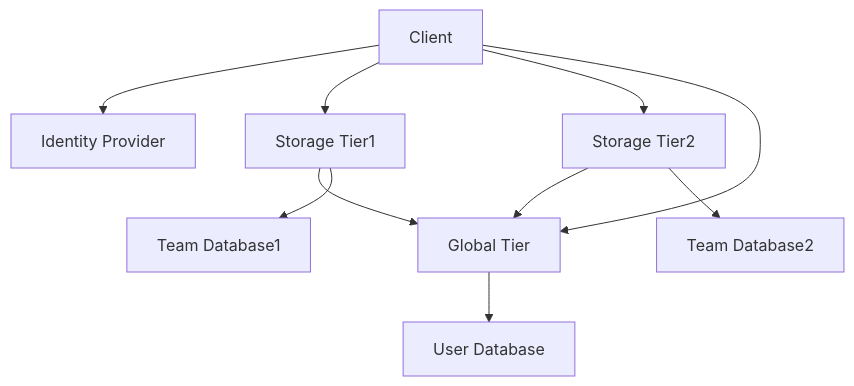
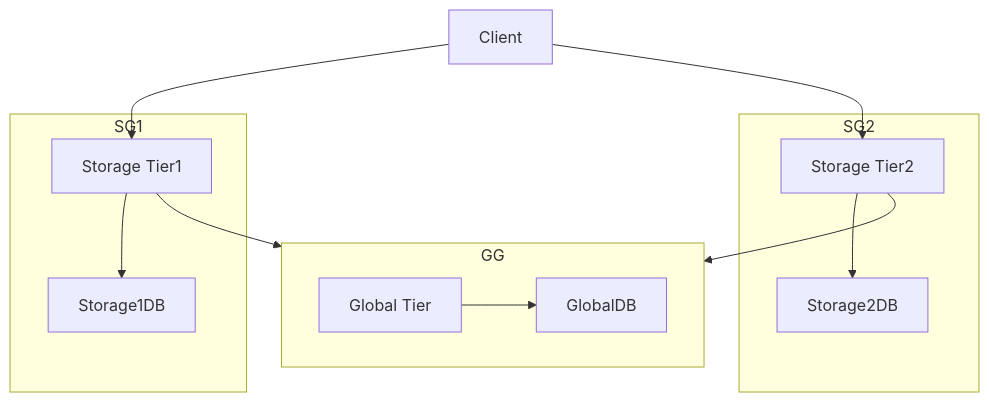
The diagram in Spec.md (suds05/TFIdentityPoc), drawn with Mermaid before and after one commit. The commit also changed other lines of this file, not shown here.

Commit message:
Refactor Spec.md to enhance the block diagram structure, introducing subgraphs for Storage and Global Tiers. Update interaction flow to clarify API call sequences, including error handling for token validation and team membership checks.

````diff
--- a/Spec.md
+++ b/Spec.md
@@ -14,12 +14,16 @@
 ```mermaid
 graph TD
-    G[Global Tier]-->UDB[User Database]
-    S1[Storage Tier1]-->G
-    S2[Storage Tier2]-->G
-    S1[Storage Tier1]-->TDB1[Team Database1]
-    S2[Storage Tier2]-->TDB2[Team Database2]
-    C[Client]--> IDP[Identity Provider]
-    C-->S1
-    C-->S2
-    C-->G
+    subgraph SG1
+        S1[Storage Tier1]-->Storage1DB[Storage1DB]
+    end
+    subgraph SG2
+        S2[Storage Tier2]-->Storage2DB[Storage2DB]
+    end
+    subgraph GG
+      G[Global Tier]-->GlobalDB[GlobalDB]
+    end
+    S1-->GG
+    S2-->GG
+    C[Client]-->S1
+    C-->S2
 ```
````
